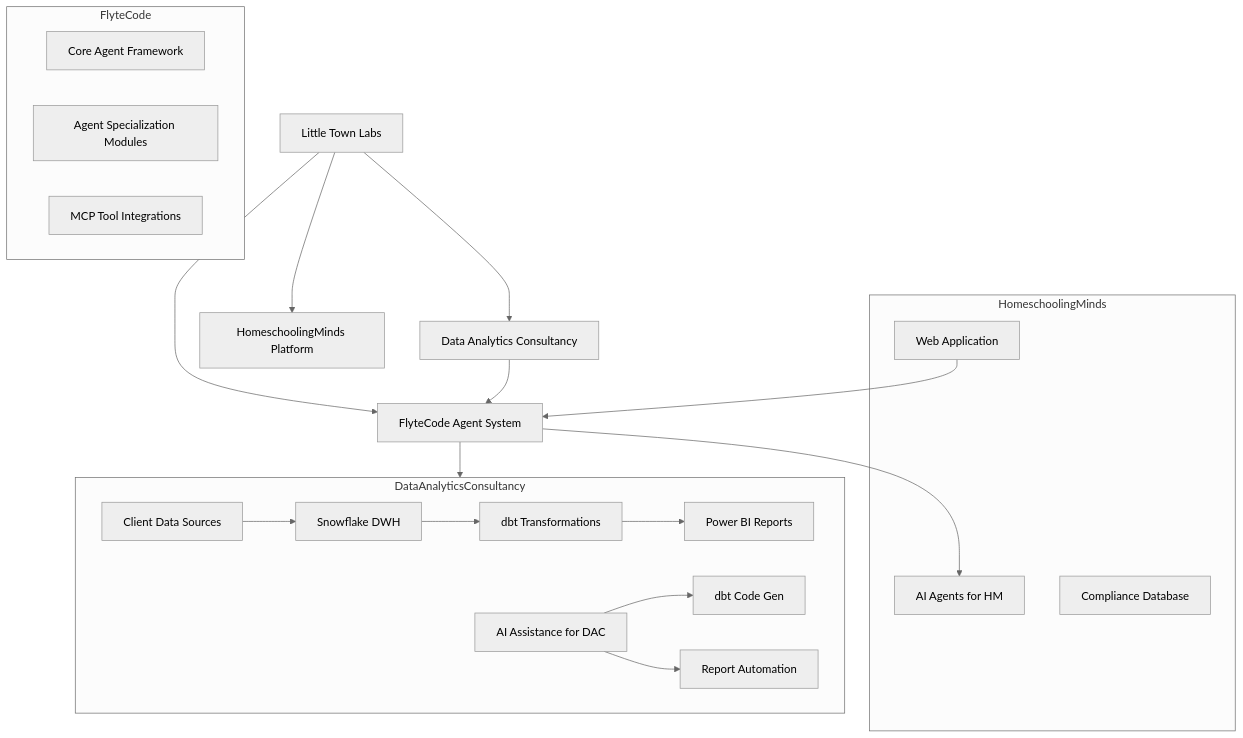
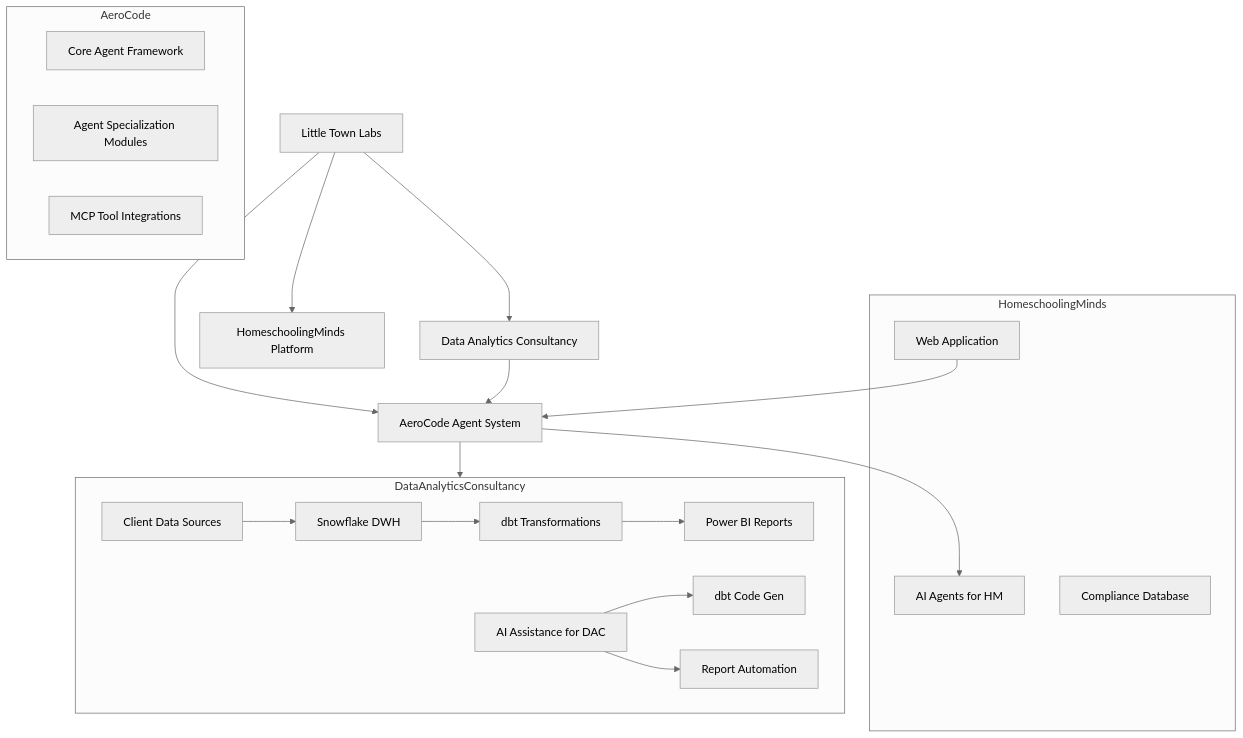
One commit to Little-Town-Labs/website changed the diagram in .ruru/memory-bank/systemPatterns.md. Above: the diagram before and after it, drawn with Mermaid (neutral theme). The commit also changed other lines of this file and 19 other files, not shown here.

````diff
--- a/.ruru/memory-bank/systemPatterns.md
+++ b/.ruru/memory-bank/systemPatterns.md
@@ -7,33 +7,33 @@
 ```mermaid
 graph TD
     LTL[Little Town Labs] --> HM[HomeschoolingMinds Platform]
-    LTL --> R[FlyteCode Agent System]
+    LTL --> R[AeroCode Agent System]
     LTL --> DAC[Data Analytics Consultancy]
 
     R --> HM_AI[AI Agents for HM]
     R --> DAC_AI[AI Assistance for DAC]
 
     subgraph HomeschoolingMinds
         HM_WebApp[Web Application]
         HM_DB[Compliance Database]
         HM_AI
     end
 
-    subgraph FlyteCode
+    subgraph AeroCode
         CoreFramework[Core Agent Framework]
         AgentSpecialization[Agent Specialization Modules]
         MCP_Integrations[MCP Tool Integrations]
     end
 
     subgraph DataAnalyticsConsultancy
         direction LR
         ClientData[Client Data Sources] --> Snowflake[Snowflake DWH]
         Snowflake --> DBT[dbt Transformations]
         DBT --> PowerBI[Power BI Reports]
         DAC_AI --> DBT_CodeGen[dbt Code Gen]
         DAC_AI --> PowerBI_Automation[Report Automation]
     end
 
     HM_WebApp --> R
     DAC --> R
 ```
````
